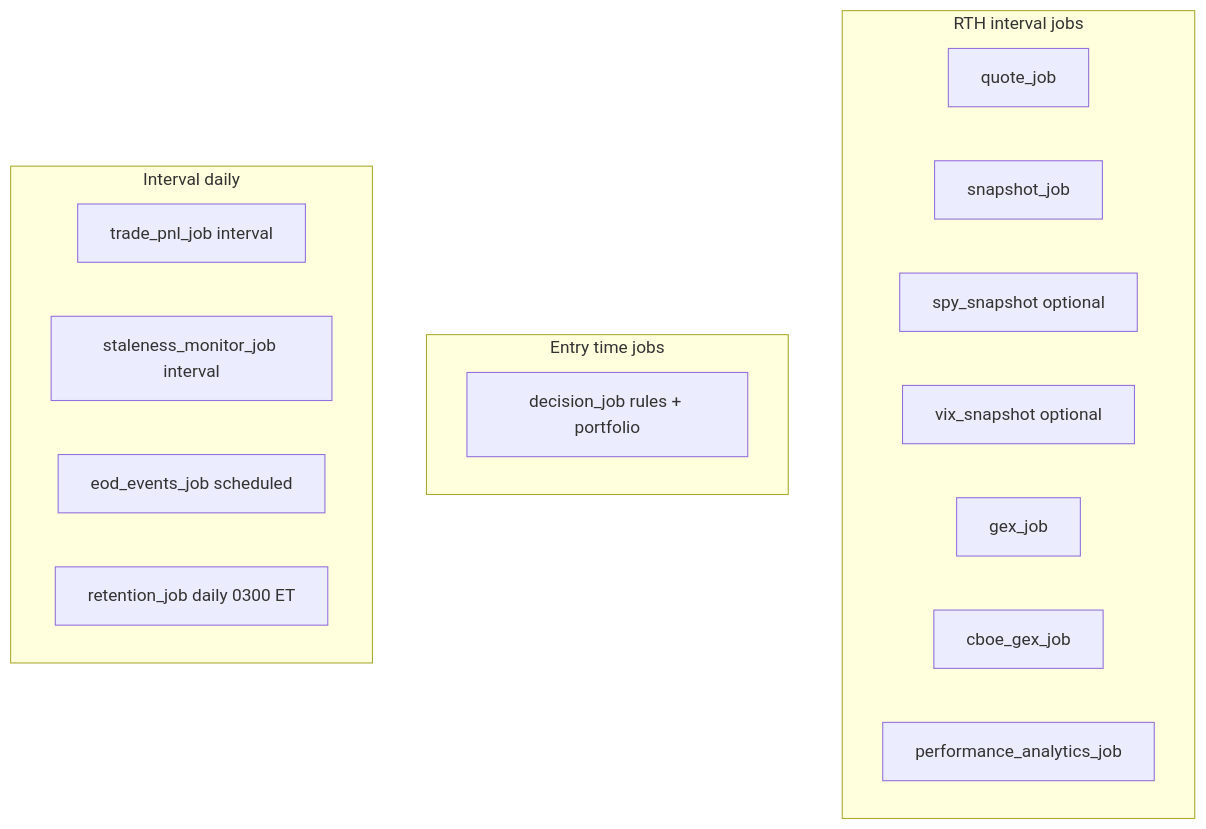
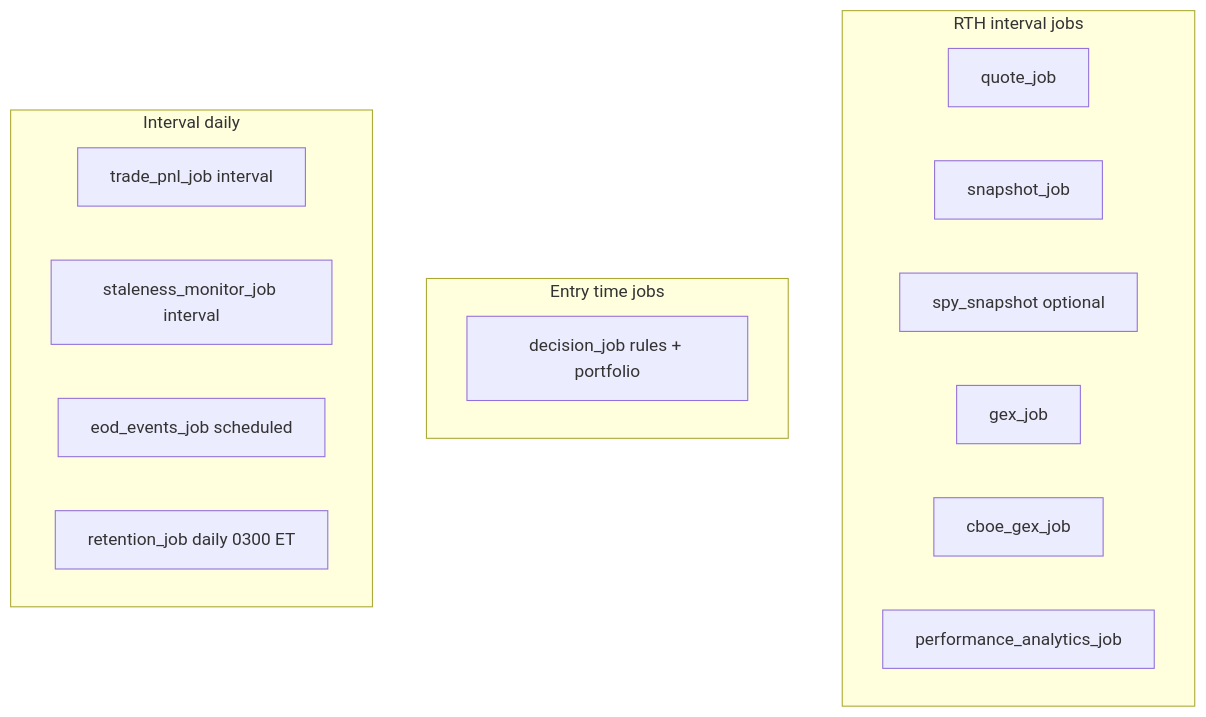
The third of 4 diagrams in README.md (Incarnation/Index_spread_lab), drawn with Mermaid before and after one commit. The commit also changed other lines of this file and 16 other files, not shown here.

````diff
--- a/README.md
+++ b/README.md
@@ -104,21 +104,20 @@
 ```mermaid
 flowchart TB
   subgraph rth [RTH interval jobs]
     r_quote[quote_job]
     r_snap[snapshot_job]
     r_spy[spy_snapshot optional]
-    r_vix[vix_snapshot optional]
     r_gex[gex_job]
     r_cboe[cboe_gex_job]
     r_perf[performance_analytics_job]
   end
   subgraph entry [Entry time jobs]
     e_dec["decision_job rules + portfolio"]
   end
   subgraph cadence [Interval daily]
     c_pnl[trade_pnl_job interval]
     c_stale[staleness_monitor_job interval]
     c_eod[eod_events_job scheduled]
     c_ret[retention_job daily 0300 ET]
   end
 ```
````
